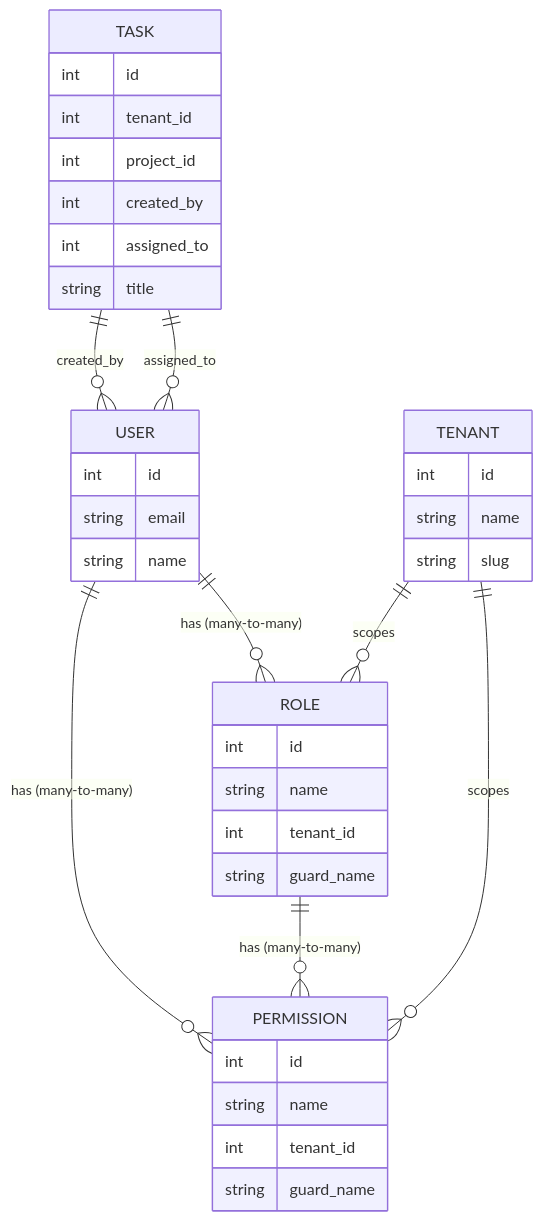
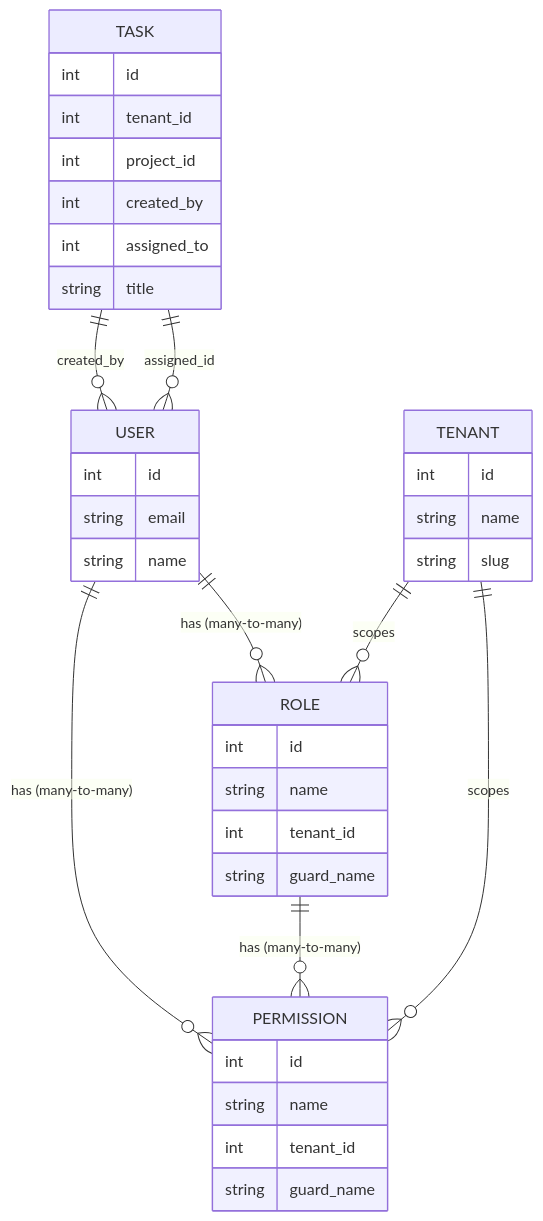
One commit to mypham773734/sass-dashboard-tenant-project changed the second of 8 diagrams in docs/product/PERMISSION_RBAC/02-ARCHITECTURE.md. Above: the diagram before and after it, drawn with Mermaid. The commit also changed 28 other files, not shown here.

````diff
--- a/docs/product/PERMISSION_RBAC/02-ARCHITECTURE.md
+++ b/docs/product/PERMISSION_RBAC/02-ARCHITECTURE.md
@@ -34,41 +34,41 @@
 ```mermaid
 erDiagram
     USER ||--o{ ROLE : "has (many-to-many)"
     USER ||--o{ PERMISSION : "has (many-to-many)"
     ROLE ||--o{ PERMISSION : "has (many-to-many)"
     TENANT ||--o{ ROLE : "scopes"
     TENANT ||--o{ PERMISSION : "scopes"
     TASK ||--o{ USER : "created_by"
-    TASK ||--o{ USER : "assigned_to"
+    TASK ||--o{ USER : "assigned_id"
     
     USER {
         int id
         string email
         string name
     }
     ROLE {
         int id
         string name
         int tenant_id
         string guard_name
     }
     PERMISSION {
         int id
         string name
         int tenant_id
         string guard_name
     }
     TENANT {
         int id
         string name
         string slug
     }
     TASK {
         int id
         int tenant_id
         int project_id
         int created_by
         int assigned_to
         string title
     }
 ```
````
